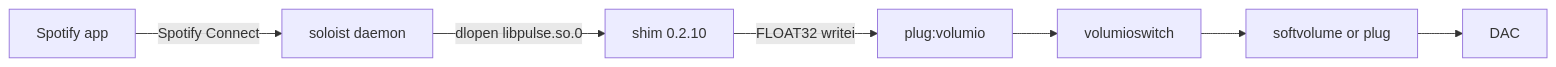
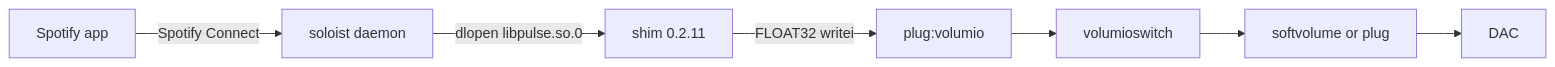
Before and after one commit to foonerd/alsa_soloist_connect: the first of 4 diagrams in README.md, drawn with Mermaid. The commit also changed other lines of this file and 14 other files, not shown here.

First line of the commit message:
fix(shim): 0.9.7 playback no longer stalls when Soloist stops supplying audio; the plugin ships shim 0.2.11

````diff
--- a/README.md
+++ b/README.md
@@ -31,9 +31,9 @@
 ```mermaid
 flowchart LR
     SpotifyApp["Spotify app"] -->|"Spotify Connect"| Soloist["soloist daemon"]
-    Soloist -->|"dlopen libpulse.so.0"| Shim["shim 0.2.10"]
+    Soloist -->|"dlopen libpulse.so.0"| Shim["shim 0.2.11"]
     Shim -->|"FLOAT32 writei"| Plug["plug:volumio"]
     Plug --> Switch["volumioswitch"]
     Switch --> Out["softvolume or plug"]
     Out --> Dac["DAC"]
 ```
````
